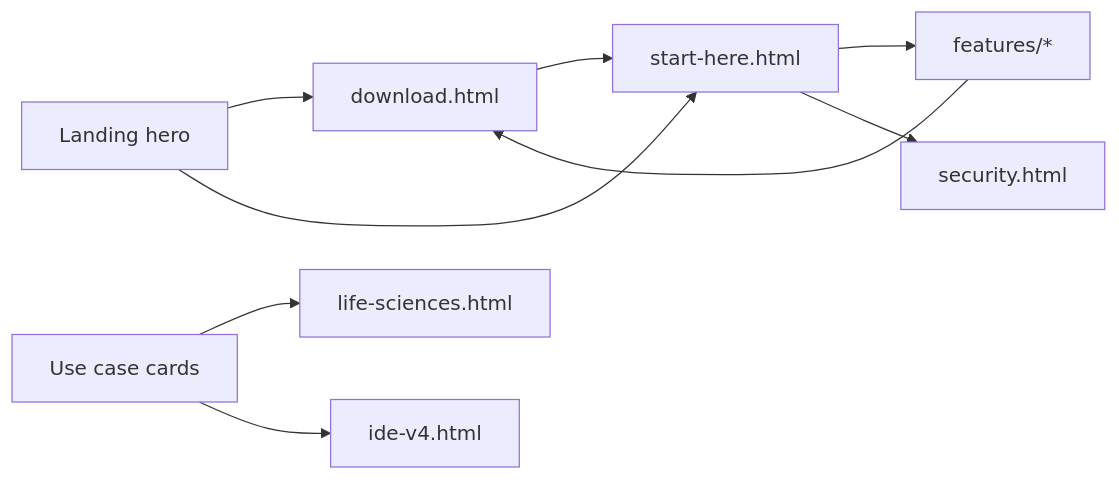
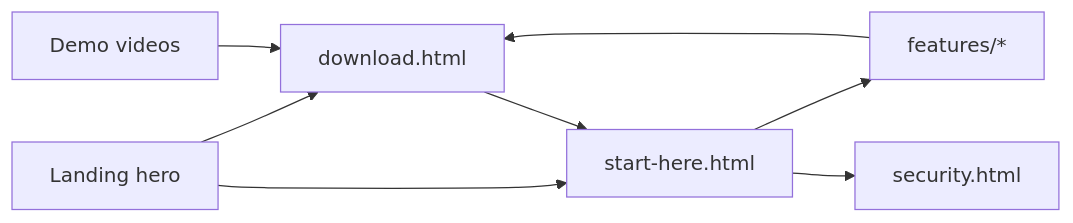
Before and after one commit to camronwood/neural-junkie: the diagram in docs/WEBSITE_CONTENT_AUDIT.md, drawn with Mermaid. The commit also changed other lines of this file and 39 other files, not shown here.

First line of the commit message:
Refresh marketing site for beta.5 with new demo videos and content sync.

````diff
--- a/docs/WEBSITE_CONTENT_AUDIT.md
+++ b/docs/WEBSITE_CONTENT_AUDIT.md
@@ -140,13 +93,12 @@
 ```mermaid
 flowchart LR
     Landing[Landing hero]
     Landing --> Download[download.html]
     Landing --> Start[start-here.html]
     Start --> Guides[features/*]
     Start --> Security[security.html]
-    UseCases[Use case cards]
-    UseCases --> LifeSci[life-sciences.html]
-    UseCases --> IDE[ide-v4.html]
+    Videos[Demo videos]
+    Videos --> Download
     Download --> Start
     Guides --> Download
 ```
````
